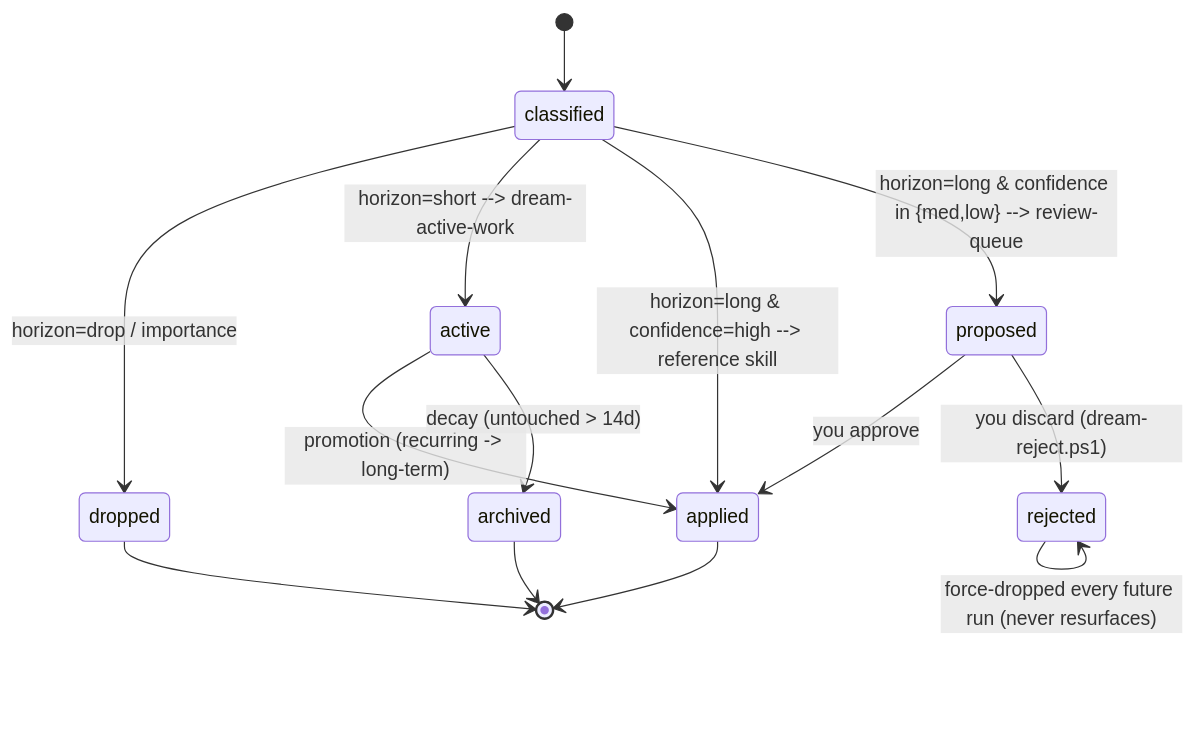
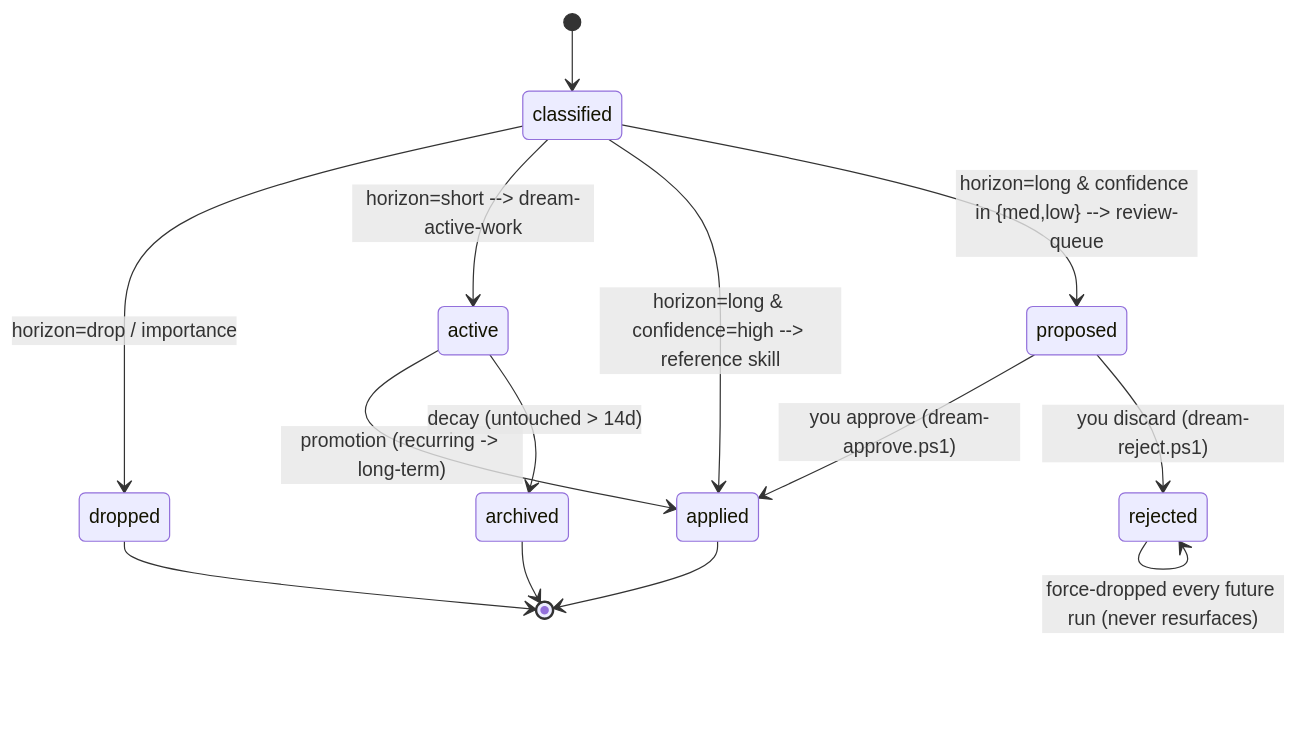
Before and after one commit to bhanuprakash-1/copilot-dream: the diagram in docs/02-data-model.md, drawn with Mermaid. The commit also changed other lines of this file and 12 other files, not shown here.

````diff
--- a/docs/02-data-model.md
+++ b/docs/02-data-model.md
@@ -90,16 +90,16 @@
 ```mermaid
 stateDiagram-v2
     [*] --> classified
     classified --> dropped: horizon=drop / importance<floor / off-domain noise
     classified --> active: horizon=short --> dream-active-work
     classified --> applied: horizon=long & confidence=high --> reference skill
     classified --> proposed: horizon=long & confidence in {med,low} --> review-queue
-    proposed --> applied: you approve
+    proposed --> applied: you approve (dream-approve.ps1)
     proposed --> rejected: you discard (dream-reject.ps1)
     active --> applied: promotion (recurring -> long-term)
     active --> archived: decay (untouched > 14d)
     rejected --> rejected: force-dropped every future run (never resurfaces)
     applied --> [*]
     archived --> [*]
     dropped --> [*]
 ```
````
